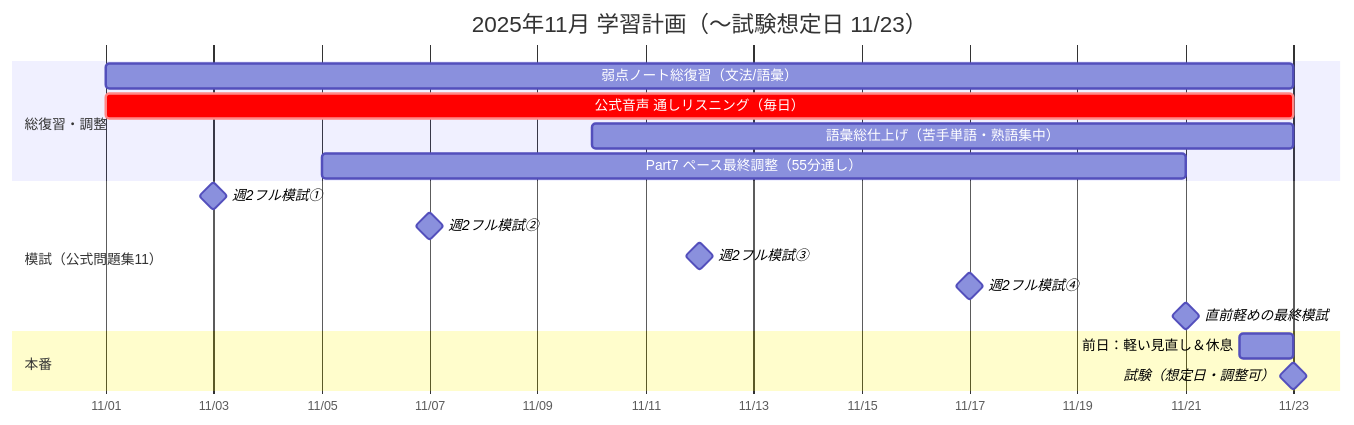
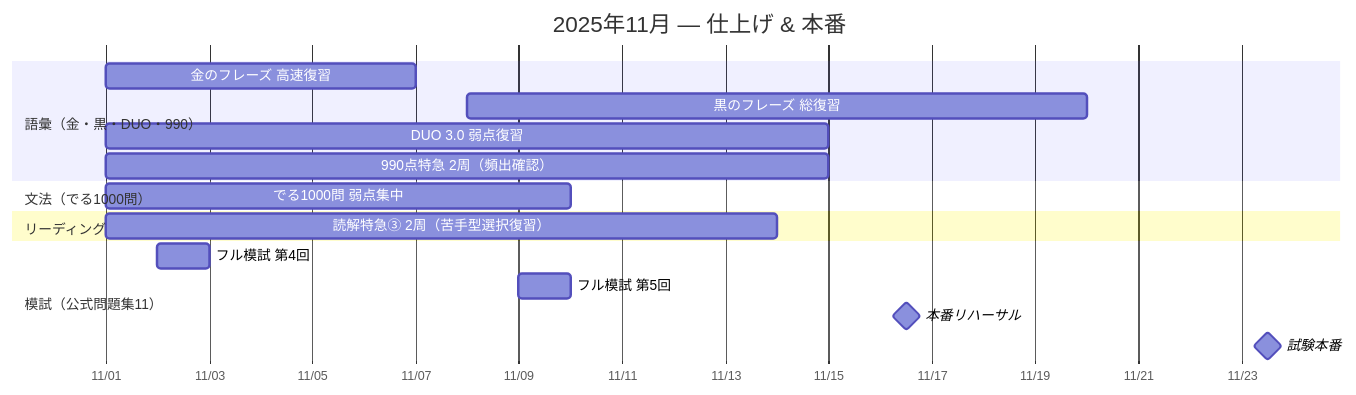
One commit to hellomyzn/TIL changed the fifth of 5 diagrams in english/toeic/roadmap-2025.md. Above: the diagram before and after it, drawn with Mermaid. The commit also changed other lines of this file, not shown here.

Commit message:
update: toeic roadmap

````diff
--- a/english/toeic/roadmap-2025.md
+++ b/english/toeic/roadmap-2025.md
@@ -131,24 +122,25 @@
 ```mermaid
 gantt
-  title 2025年11月 学習計画（〜試験想定日 11/23）
-  dateFormat  YYYY-MM-DD
-  axisFormat  %m/%d
+    title 2025年11月 — 仕上げ & 本番
+    dateFormat  YYYY-MM-DD
+    axisFormat  %m/%d
 
-  section 総復習・調整
-  弱点ノート総復習（文法/語彙）         :d1, 2025-11-01, 22d
-  公式音声 通しリスニング（毎日）        :crit, d2, 2025-11-01, 22d
-  語彙総仕上げ（苦手単語・熟語集中）     :d3, 2025-11-10, 13d
-  Part7 ペース最終調整（55分通し）       :d4, 2025-11-05, 16d
+    section 語彙（金・黒・DUO・990）
+    金のフレーズ 高速復習           :vocab3, 2025-11-01, 2025-11-07
+    黒のフレーズ 総復習             :bk3,    2025-11-08, 2025-11-20
+    DUO 3.0 弱点復習                :duo3,   2025-11-01, 2025-11-15
+    990点特急 2周（頻出確認）       :nine2,  2025-11-01, 2025-11-15
 
-  section 模試（公式問題集11）
-  週2フル模試①                           :milestone, 2025-11-03, 0d
-  週2フル模試②                           :milestone, 2025-11-07, 0d
-  週2フル模試③                           :milestone, 2025-11-12, 0d
-  週2フル模試④                           :milestone, 2025-11-17, 0d
-  直前軽めの最終模試                      :milestone, 2025-11-21, 0d
+    section 文法（でる1000問）
+    でる1000問 弱点集中             :gram3,  2025-11-01, 2025-11-10
 
-  section 本番
-  前日：軽い見直し＆休息                  :d5, 2025-11-22, 1d
-  試験（想定日・調整可）                  :milestone, 2025-11-23, 0d
+    section リーディング
+    読解特急③ 2周（苦手型選択復習） :rd4,    2025-11-01, 2025-11-14
+
+    section 模試（公式問題集11）
+    フル模試 第4回                  :m4,     2025-11-02, 1d
+    フル模試 第5回                  :m5,     2025-11-09, 1d
+    本番リハーサル                  :milestone, reh, 2025-11-16, 1d
+    試験本番                        :milestone, real, 2025-11-23, 1d
 
 ```
````
